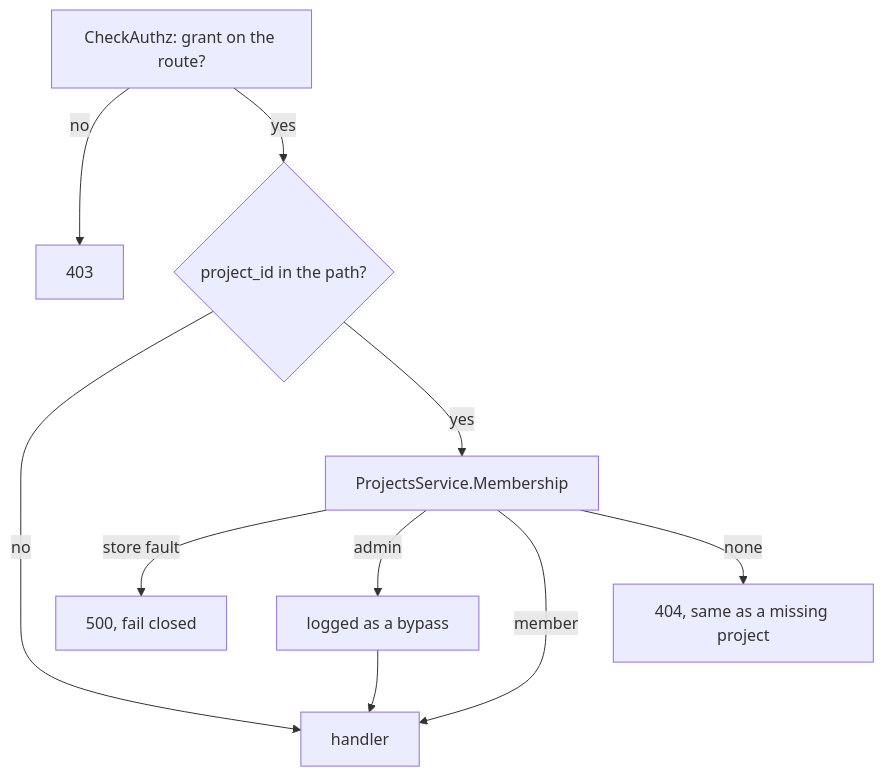
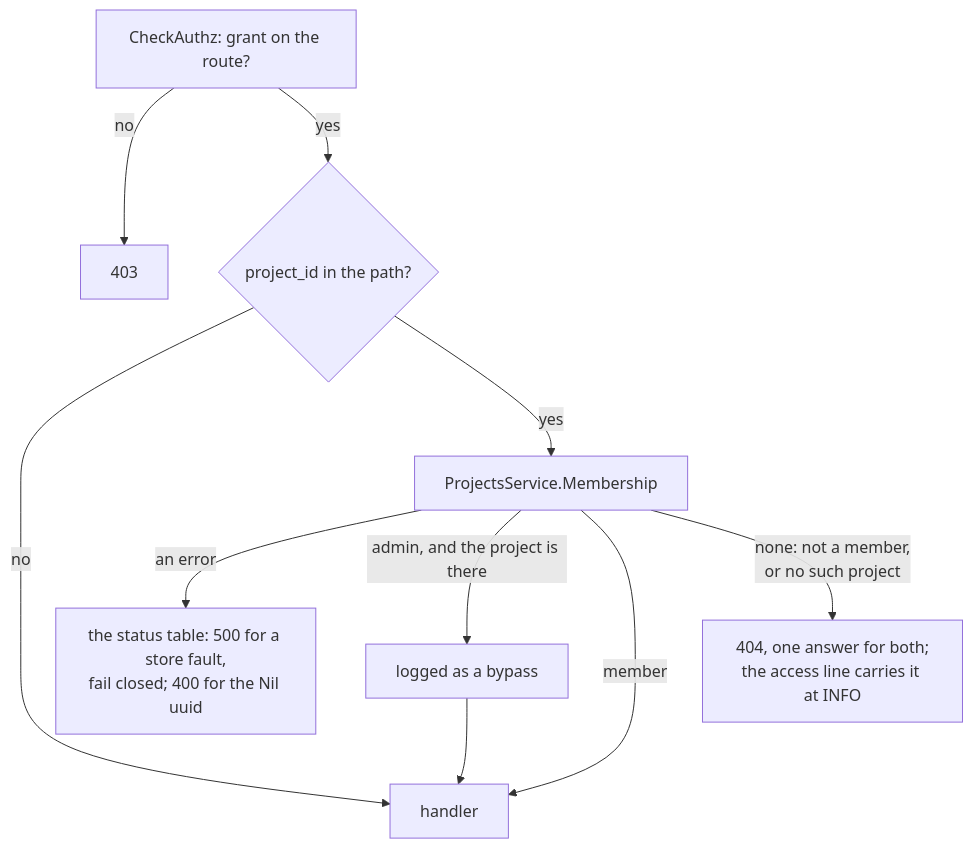
One commit to p2p-b2b/go-rest-api-service-template changed the fifth of 9 diagrams in docs/architecture/security.md. Above: the diagram before and after it, drawn with Mermaid. The commit also changed other lines of this file and 15 other files, not shown here.

First line of the commit message:
fix(projects): a missing project is a 404 for everyone (#161)

````diff
--- a/docs/architecture/security.md
+++ b/docs/architecture/security.md
@@ -293,11 +293,11 @@
 ```mermaid
 flowchart TD
     A[CheckAuthz: grant on the route?] -- no --> F403[403]
     A -- yes --> P{project_id in the path?}
     P -- no --> H[handler]
     P -- yes --> M[ProjectsService.Membership]
-    M -- store fault --> F500[500, fail closed]
-    M -- admin --> LOG[logged as a bypass] --> H
+    M -- "an error" --> ERR["the status table: 500 for a store fault,<br/>fail closed; 400 for the Nil uuid"]
+    M -- "admin, and the project is there" --> LOG[logged as a bypass] --> H
     M -- member --> H
-    M -- none --> F404[404, same as a missing project]
+    M -- "none: not a member,<br/>or no such project" --> F404["404, one answer for both;<br/>the access line carries it at INFO"]
 ```
````
